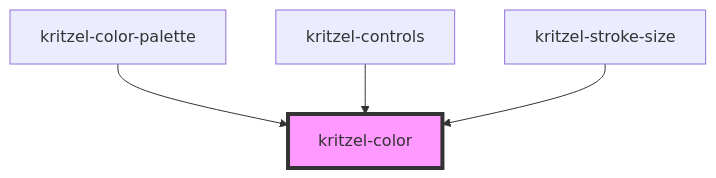
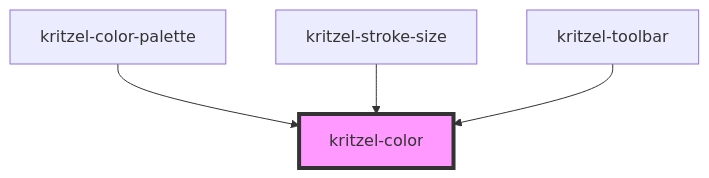
One commit to kasual1/kritzel changed the diagram in libs/kritzel-stencil/src/components/shared/kritzel-color/readme.md. Above: the diagram before and after it, drawn with Mermaid. The commit also changed other lines of this file and 114 other files, not shown here.

Commit message:
#403: Rename controls to toolbar

````diff
--- a/libs/kritzel-stencil/src/components/shared/kritzel-color/readme.md
+++ b/libs/kritzel-stencil/src/components/shared/kritzel-color/readme.md
@@ -26,7 +26,7 @@
 ```mermaid
 graph TD;
   kritzel-color-palette --> kritzel-color
-  kritzel-controls --> kritzel-color
   kritzel-stroke-size --> kritzel-color
+  kritzel-toolbar --> kritzel-color
   style kritzel-color fill:#f9f,stroke:#333,stroke-width:4px
 ```
````
